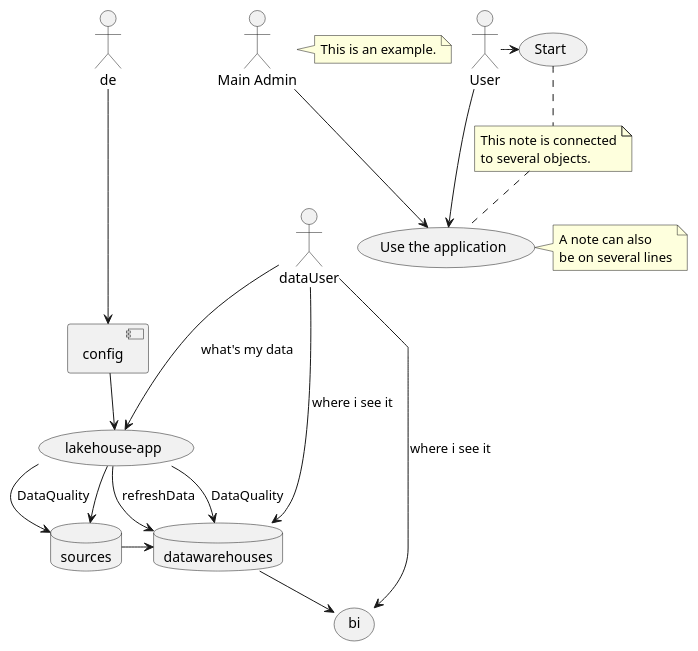
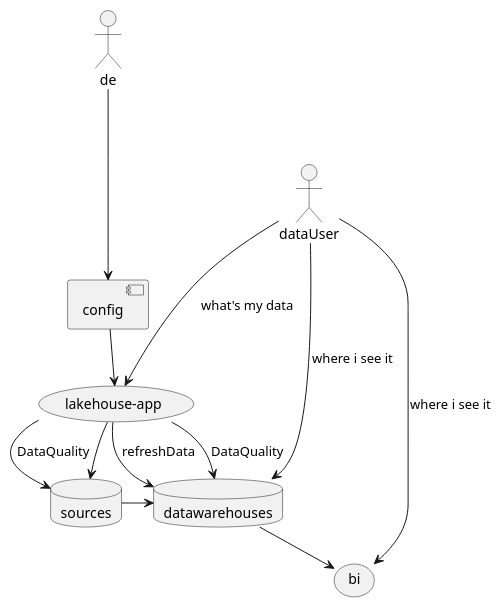
The diagram in doc/nexttimedev/uml/datacatalog.puml (zaytsevdmitry/lakehouse), drawn with PlantUML before and after one commit. The commit also changed 1047 other files, not shown here.

```diff
--- a/doc/nexttimedev/uml/datacatalog.puml
+++ b/doc/nexttimedev/uml/datacatalog.puml
@@ -1,42 +1,25 @@
 @startuml
 'https://plantuml.com/use-case-diagram
 !pragma layout smetana
 
 database datawarehouses
 database sources
 
 de ---->   [config]
 [config] --> (lakehouse-app)
 
 (lakehouse-app) --> sources
 (lakehouse-app) --> datawarehouses: refreshData
 (lakehouse-app) --> datawarehouses: DataQuality
 (lakehouse-app) --> sources: DataQuality
 
 
 
 datawarehouses --> (bi)
 sources -> datawarehouses
-:Main Admin: as Admin
-(Use the application) as (Use)
 
 dataUser ---> (lakehouse-app):what's my data
 dataUser ---> datawarehouses:where i see it
 dataUser ---> bi:where i see it
 
-User -> (Start)
-User --> (Use)
-
-Admin ---> (Use)
-
-note right of Admin : This is an example.
-
-note right of (Use)
-A note can also
-be on several lines
-end note
-
-note "This note is connected\nto several objects." as N2
-(Start) .. N2
-N2 .. (Use)
 @enduml
```
